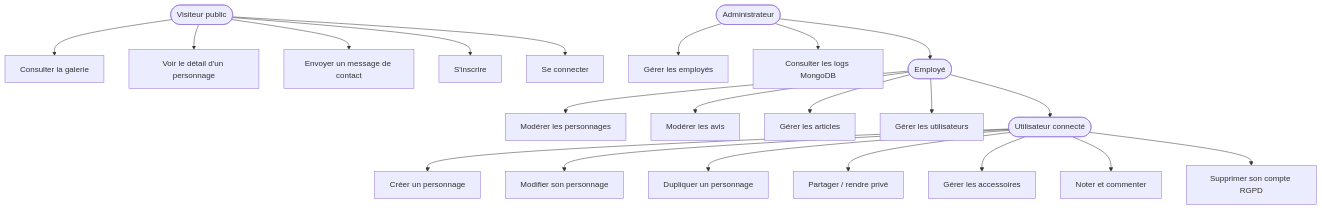
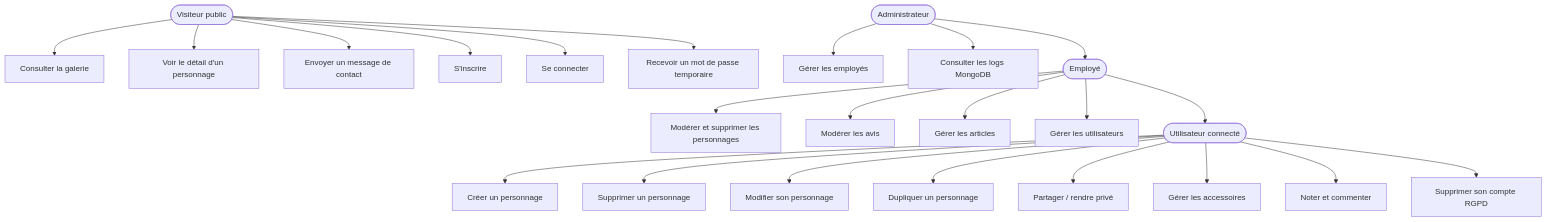
One commit to StG3rm4in/fantasy_realm changed the second of 5 diagrams in docs/documentation-technique.md. Above: the diagram before and after it, drawn with Mermaid. The commit also changed other lines of this file, not shown here.

````diff
--- a/docs/documentation-technique.md
+++ b/docs/documentation-technique.md
@@ -171,31 +181,33 @@
 ```mermaid
 graph TD
     PUB([Visiteur public])
     USR([Utilisateur connecté])
     EMP([Employé])
     ADM([Administrateur])
 
     PUB --> A[Consulter la galerie]
     PUB --> B[Voir le détail d'un personnage]
     PUB --> C[Envoyer un message de contact]
     PUB --> D[S'inscrire]
     PUB --> E[Se connecter]
+    PUB --> E2[Recevoir un mot de passe temporaire]
 
     USR --> F[Créer un personnage]
+    USR --> F2[Supprimer un personnage]
     USR --> G[Modifier son personnage]
     USR --> H[Dupliquer un personnage]
     USR --> I[Partager / rendre privé]
     USR --> J[Gérer les accessoires]
     USR --> K[Noter et commenter]
     USR --> L[Supprimer son compte RGPD]
 
-    EMP --> M[Modérer les personnages]
+    EMP --> M[Modérer et supprimer les personnages]
     EMP --> N[Modérer les avis]
     EMP --> O[Gérer les articles]
     EMP --> P[Gérer les utilisateurs]
     EMP --> USR
 
     ADM --> Q[Gérer les employés]
     ADM --> R[Consulter les logs MongoDB]
     ADM --> EMP
 ```
````
